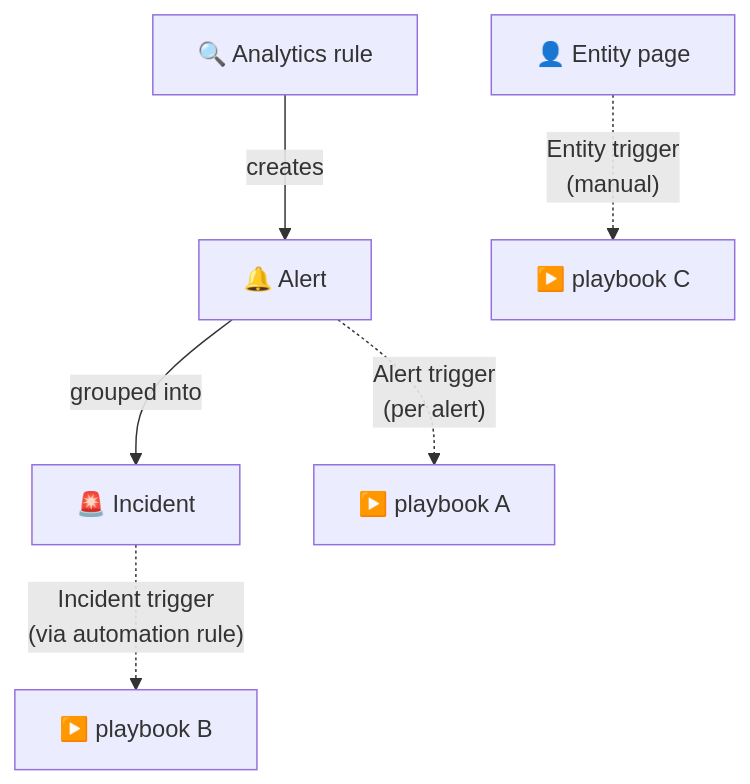
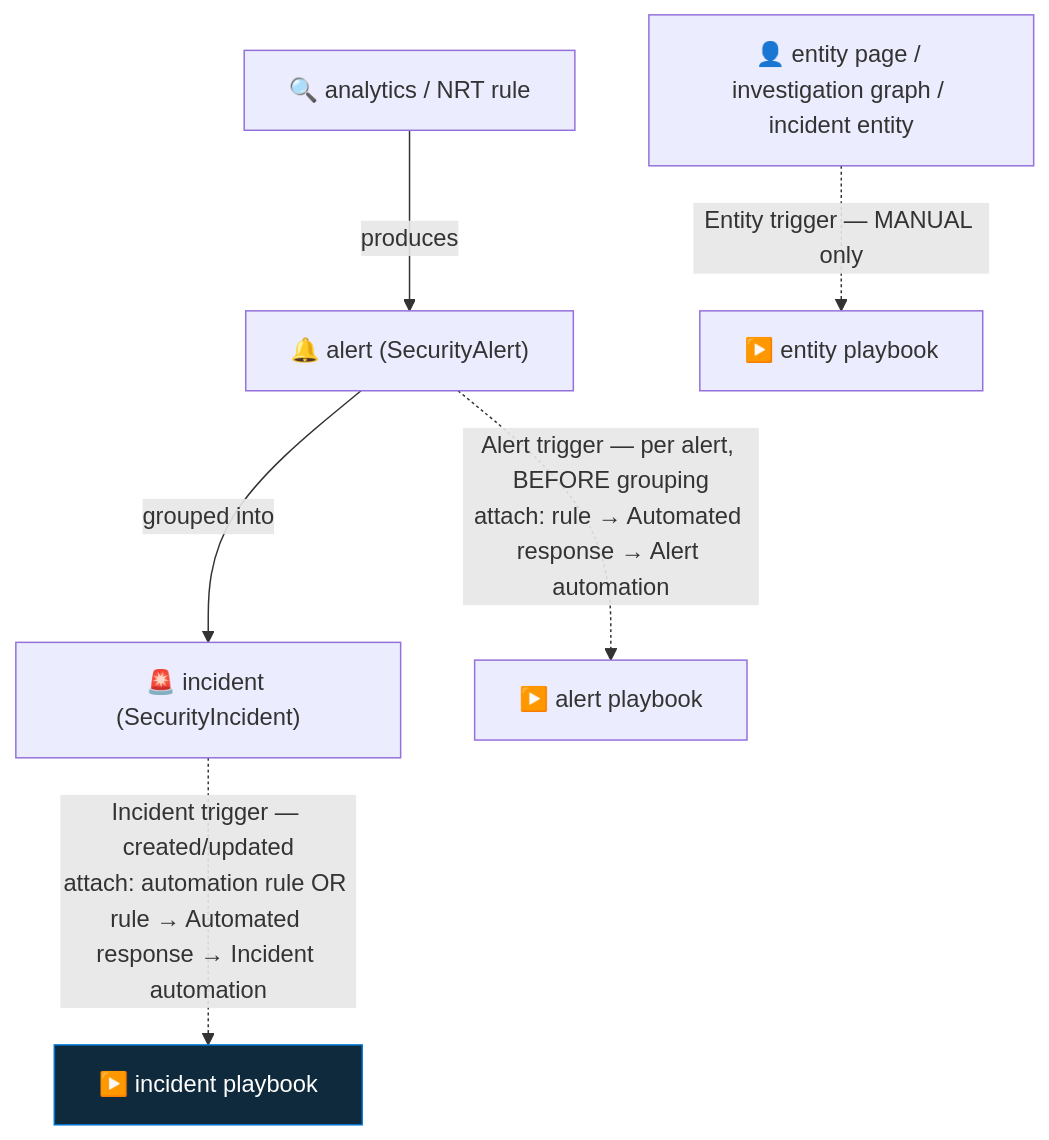
One commit to Tarun2000AD/microsoft-sentinel-live-learning changed the diagram in 36-alert-vs-incident-vs-entity-triggers/README.md. Above: the diagram before and after it, drawn with Mermaid. The commit also changed other lines of this file, not shown here.

First line of the commit message:
Deepen step 36 (alert vs incident vs entity triggers): payload shapes, attach points, the alert-before-incident constraint

````diff
--- a/36-alert-vs-incident-vs-entity-triggers/README.md
+++ b/36-alert-vs-incident-vs-entity-triggers/README.md
@@ -36,8 +44,9 @@
 ```mermaid
 flowchart TD
-    AR["🔍 Analytics rule"] -->|"creates"| AL["🔔 Alert"]
-    AL -->|"grouped into"| INC["🚨 Incident"]
-    AL -.->|"Alert trigger<br/>(per alert)"| PA["▶️ playbook A"]
-    INC -.->|"Incident trigger<br/>(via automation rule)"| PB["▶️ playbook B"]
-    ENT["👤 Entity page"] -.->|"Entity trigger<br/>(manual)"| PC["▶️ playbook C"]
+    AR["🔍 analytics / NRT rule"] -->|"produces"| AL["🔔 alert (SecurityAlert)"]
+    AL -->|"grouped into"| INC["🚨 incident (SecurityIncident)"]
+    AL -.->|"Alert trigger — per alert, BEFORE grouping<br/>attach: rule → Automated response → Alert automation"| PA["▶️ alert playbook"]
+    INC -.->|"Incident trigger — created/updated<br/>attach: automation rule OR rule → Automated response → Incident automation"| PB["▶️ incident playbook"]
+    ENT["👤 entity page / investigation graph / incident entity"] -.->|"Entity trigger — MANUAL only"| PC["▶️ entity playbook"]
+    style PB fill:#0f2a3d,stroke:#0078D4,color:#fff
 ```
````
